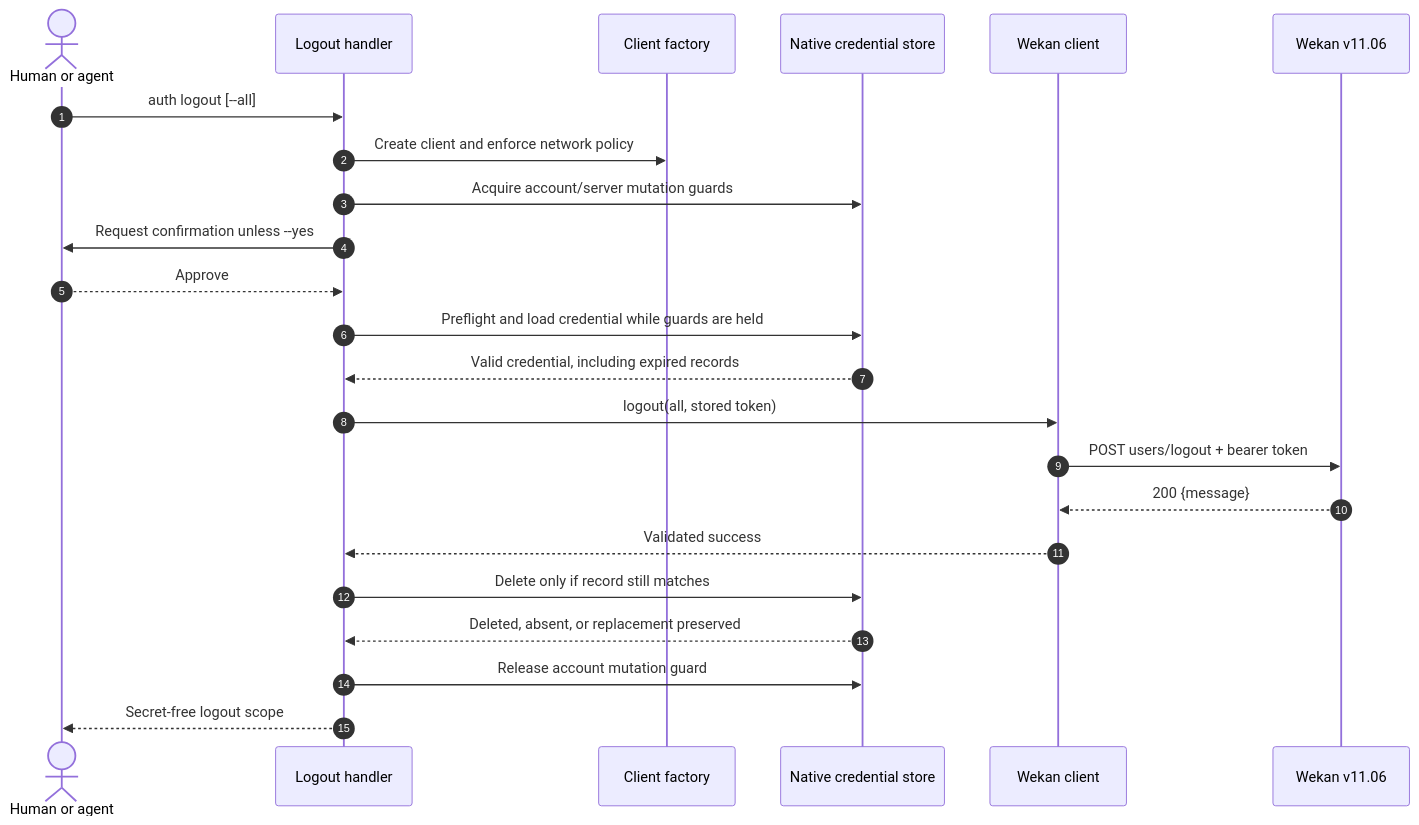
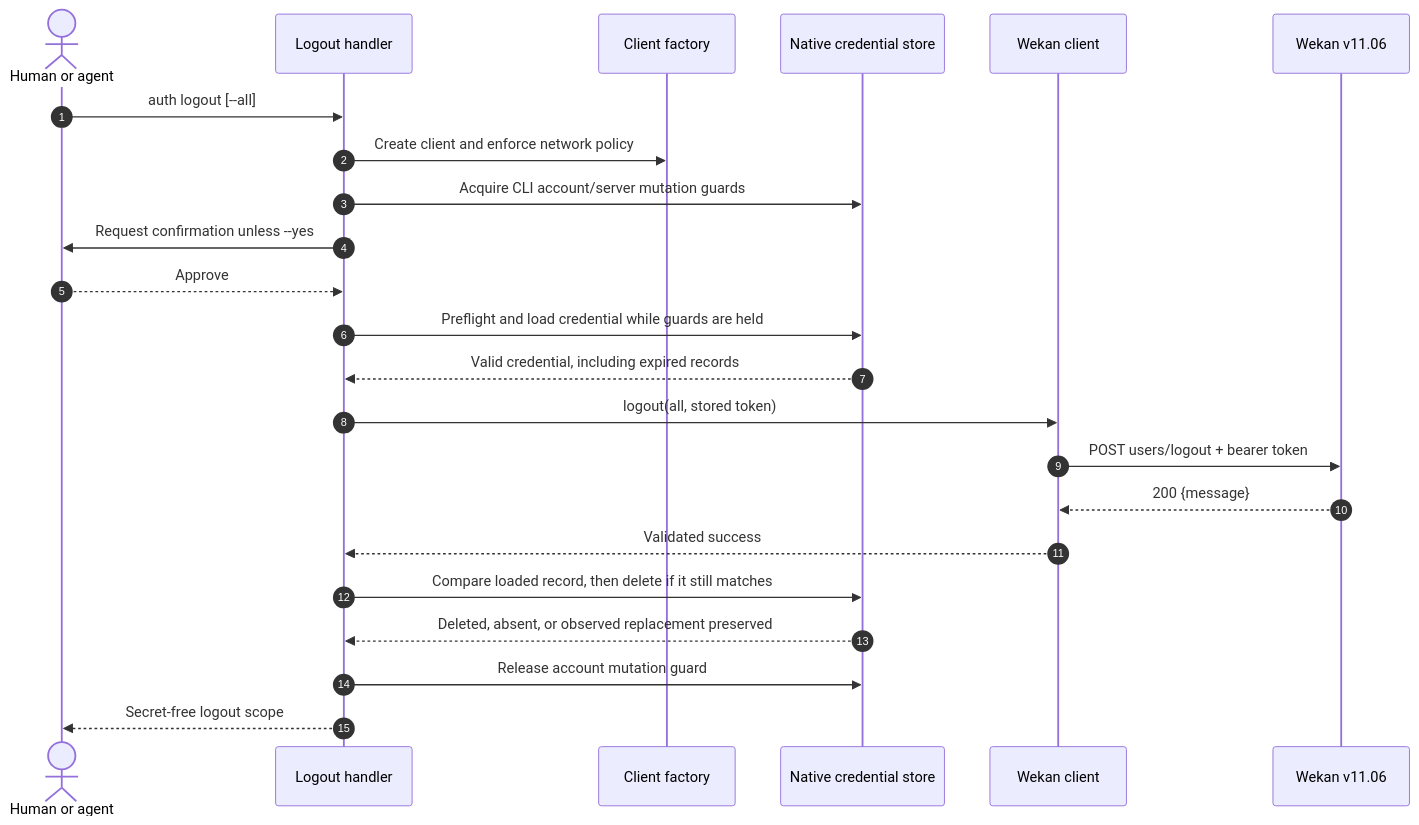
One commit to AhmedLukman/wekan-cli changed the fifth of 11 diagrams in docs/auth-architecture.md. Above: the diagram before and after it, drawn with Mermaid. The commit also changed other lines of this file and 23 other files, not shown here.

````diff
--- a/docs/auth-architecture.md
+++ b/docs/auth-architecture.md
@@ -239,26 +262,26 @@
 ```mermaid
 sequenceDiagram
     autonumber
     actor Caller as Human or agent
     participant Handler as Logout handler
     participant Factory as Client factory
     participant Vault as Native credential store
     participant Client as Wekan client
     participant Wekan as Wekan v11.06
 
     Caller->>Handler: auth logout [--all]
     Handler->>Factory: Create client and enforce network policy
-    Handler->>Vault: Acquire account/server mutation guards
+    Handler->>Vault: Acquire CLI account/server mutation guards
     Handler->>Caller: Request confirmation unless --yes
     Caller-->>Handler: Approve
     Handler->>Vault: Preflight and load credential while guards are held
     Vault-->>Handler: Valid credential, including expired records
     Handler->>Client: logout(all, stored token)
     Client->>Wekan: POST users/logout + bearer token
     Wekan-->>Client: 200 {message}
     Client-->>Handler: Validated success
-    Handler->>Vault: Delete only if record still matches
-    Vault-->>Handler: Deleted, absent, or replacement preserved
+    Handler->>Vault: Compare loaded record, then delete if it still matches
+    Vault-->>Handler: Deleted, absent, or observed replacement preserved
     Handler->>Vault: Release account mutation guard
     Handler-->>Caller: Secret-free logout scope
 ```
````
